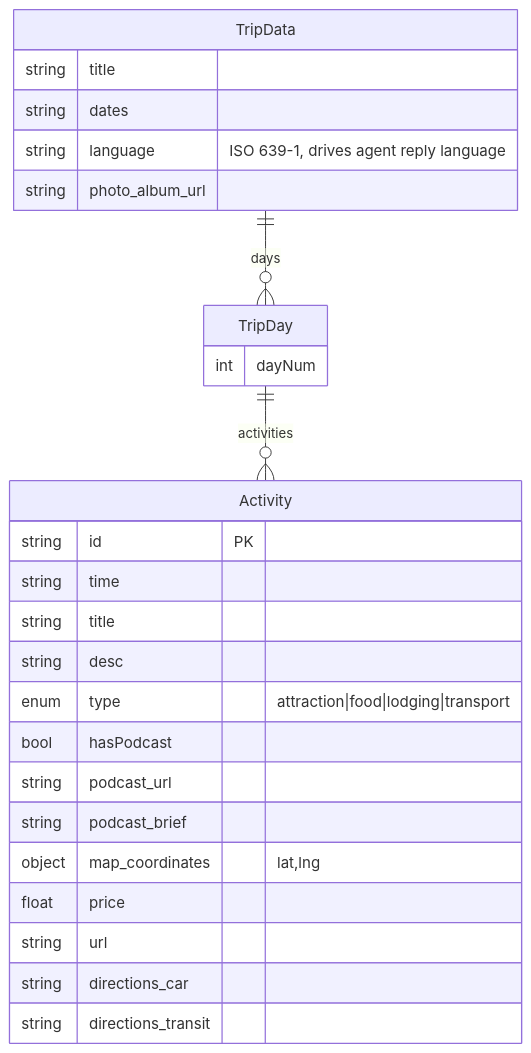
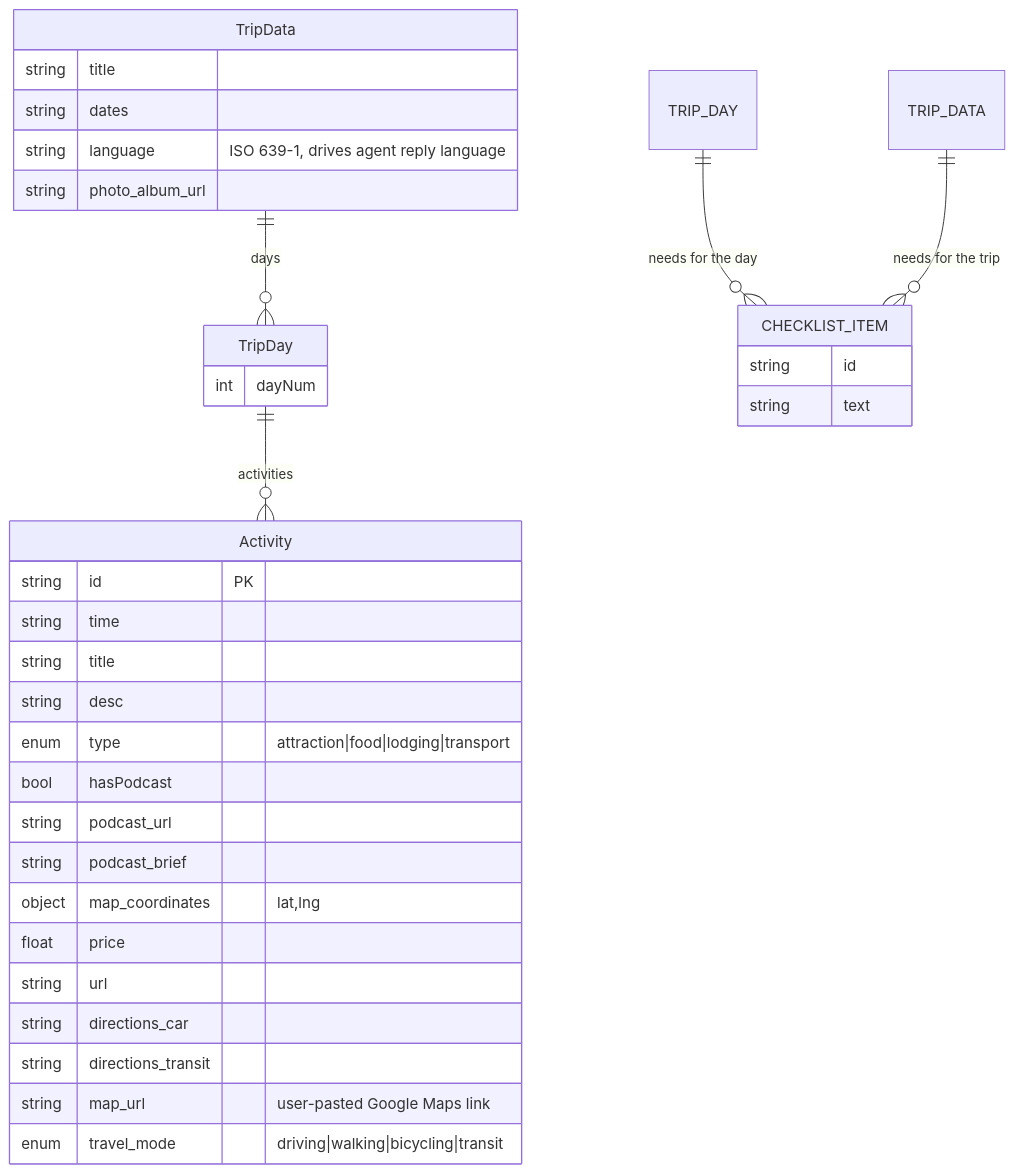
The fourth of 5 diagrams in docs/hld/hld.md (joka-7/AppMyTrip), drawn with Mermaid before and after one commit. The commit also changed other lines of this file and 54 other files, not shown here.

````diff
--- a/docs/hld/hld.md
+++ b/docs/hld/hld.md
@@ -203,30 +203,38 @@
 ```mermaid
 erDiagram
     TripData ||--o{ TripDay : days
     TripDay ||--o{ Activity : activities
 
     TripData {
         string title
         string dates
         string language "ISO 639-1, drives agent reply language"
         string photo_album_url
     }
     TripDay {
         int dayNum
     }
     Activity {
         string id PK
         string time
         string title
         string desc
         enum type "attraction|food|lodging|transport"
         bool hasPodcast
         string podcast_url
         string podcast_brief
         object map_coordinates "lat,lng"
         float price
         string url
         string directions_car
         string directions_transit
+        string map_url "user-pasted Google Maps link"
+        enum travel_mode "driving|walking|bicycling|transit"
+    }
+    TRIP_DAY ||--o{ CHECKLIST_ITEM : "needs for the day"
+    TRIP_DATA ||--o{ CHECKLIST_ITEM : "needs for the trip"
+    CHECKLIST_ITEM {
+        string id
+        string text
     }
 ```
````
